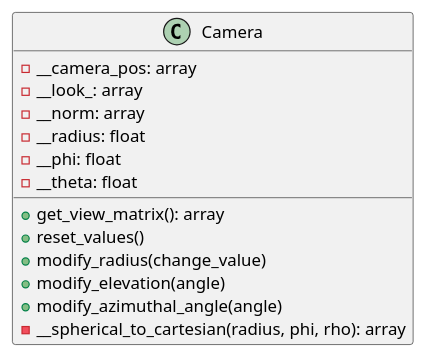
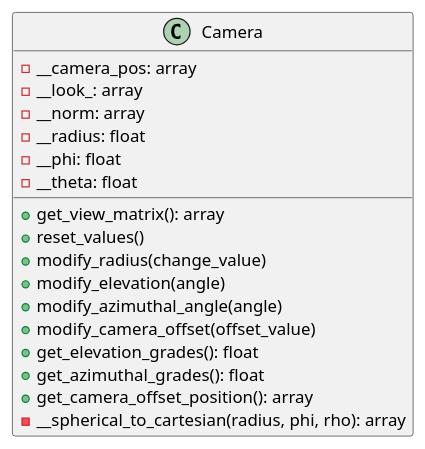
The diagram in docs/classes/camera.puml (ferpoble2/Relief_Creator), drawn with PlantUML before and after one commit. The commit also changed 1 other file, not shown here.

Commit message:
Added offset to the camera and added methods to get the information and parameters being used by the camera.

```diff
--- a/docs/classes/camera.puml
+++ b/docs/classes/camera.puml
@@ -1,19 +1,23 @@
 @startuml
 
 class Camera{
         - __camera_pos: array
         - __look_: array
         - __norm: array
         - __radius: float
         - __phi: float
         - __theta: float
 
         + get_view_matrix(): array
         + reset_values()
         + modify_radius(change_value)
         + modify_elevation(angle)
         + modify_azimuthal_angle(angle)
+        + modify_camera_offset(offset_value)
+        + get_elevation_grades(): float
+        + get_azimuthal_grades(): float
+        + get_camera_offset_position(): array
         - __spherical_to_cartesian(radius, phi, rho): array
 }
 
 @enduml
```
